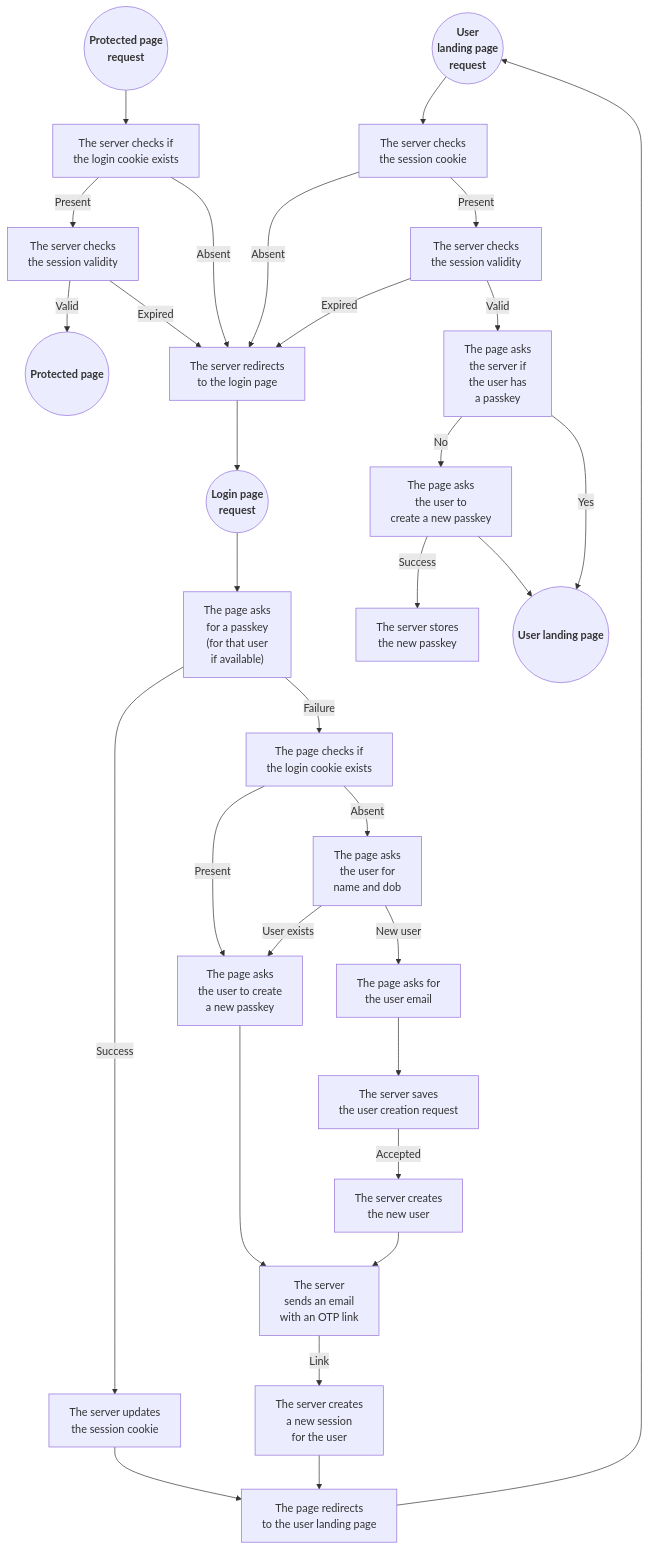
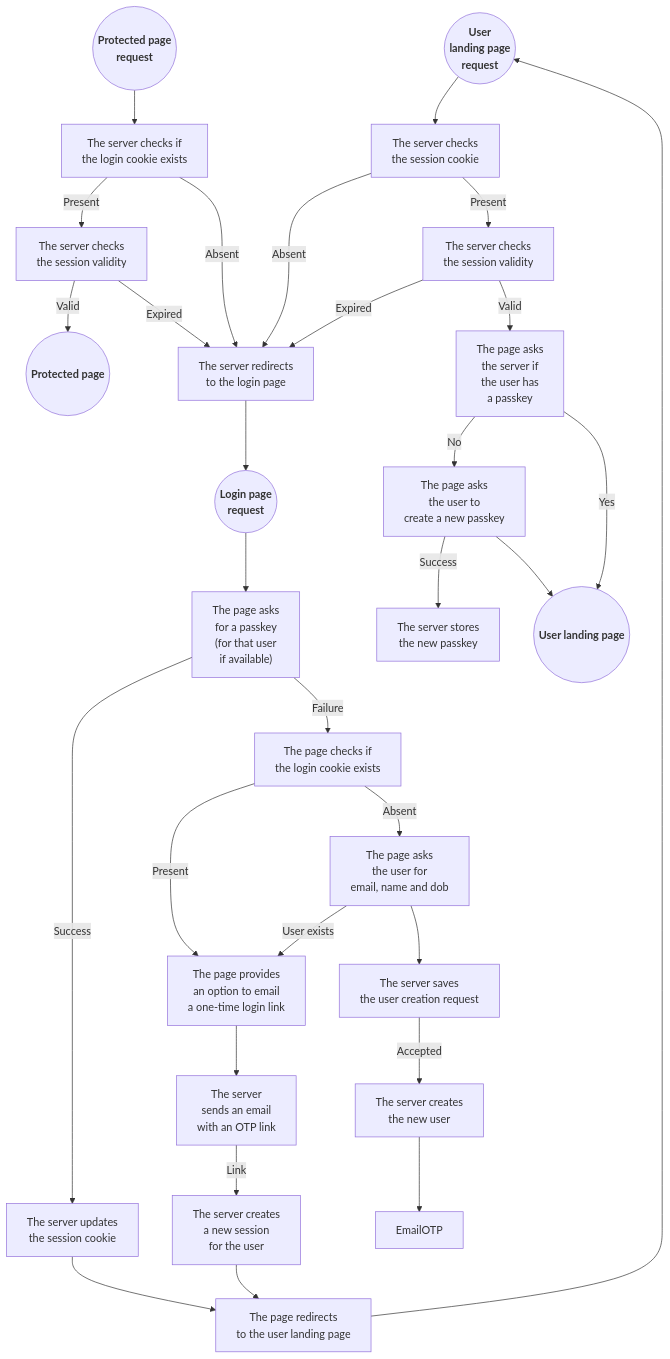
One commit to programingjd/tiered_server changed the diagram in README.md. Above: the diagram before and after it, drawn with Mermaid. The commit also changed other lines of this file and 1 other file, not shown here.

````diff
--- a/README.md
+++ b/README.md
@@ -148,40 +148,39 @@
 ```mermaid
 graph TD;
   UserLandingPageRequest(("<b>User<br>landing page<br>request</b>"))
   ProtectedPageRequest(("<b>Protected page<br>request</b>"))
   LoginPageRequest(("<b>Login page<br>request</b>"))
   
   ProtectedPageRequest-->QueryCookie1["The server checks if<br>the login cookie exists"]
   QueryCookie1-->|Present|CheckSessionValidity1["The server checks<br>the session validity"]
   QueryCookie1-->|Absent|LoginPageRedirect["The server redirects<br>to the login page"]
   CheckSessionValidity1-->|Valid|ProtectedPageResponse(("<b>Protected page<b>"))
   CheckSessionValidity1-->|Expired|LoginPageRedirect
 
   UserLandingPageRequest-->QueryCookie2["The server checks<br>the session cookie"]
   QueryCookie2-->|Absent|LoginPageRedirect
   QueryCookie2-->|Present|CheckSessionValidity2["The server checks<br>the session validity"]
   CheckSessionValidity2-->|Expired|LoginPageRedirect
   CheckSessionValidity2-->|Valid|QueryExistingPasskey2["The page asks<br>the server if<br>the user has<br>a passkey"]
-  QueryExistingPasskey2-->|No|NewPasskeyPrompt2["The page asks<br>the user to<br>create a new passkey"]
+  QueryExistingPasskey2-->|No|NewPasskeyPrompt["The page asks<br>the user to<br>create a new passkey"]
   QueryExistingPasskey2-->|Yes|UserLandingPageResponse(("<b>User landing page<b>"))
-  NewPasskeyPrompt2-->|Success|NewPasskeyStore2["The server stores<br>the new passkey"]
-  NewPasskeyPrompt2-->UserLandingPageResponse
+  NewPasskeyPrompt-->|Success|NewPasskeyStore["The server stores<br>the new passkey"]
+  NewPasskeyPrompt-->UserLandingPageResponse
 
   LoginPageRequest-->QueryPasskey["The page asks<br>for a passkey<br>(for that user<br>if available)"]
   QueryPasskey-->|Success|SessionCookieUpdate["The server updates<br>the session cookie"]
   SessionCookieUpdate-->UserLandingPageRedirect["The page redirects<br>to the user landing page"]
   QueryPasskey-->|Failure|QueryCookie3["The page checks if<br>the login cookie exists"]
-  QueryCookie3-->|Present|NewPasskeyPrompt3["The page asks<br>the user to create<br>a new passkey"]
-  QueryCookie3-->|Absent|UserForm["The page asks<br>the user for<br>name and dob"]
-  UserForm-->|User exists|NewPasskeyPrompt3
-  NewPasskeyPrompt3-->EmailOTP["The server<br>sends an email<br>with an OTP link"]
-  EmailOTP-->|Link|NewSession["The server creates<br>a new session<br>for the user"]
+  QueryCookie3-->|Present|OtpPrompt["The page provides<br>an option to email<br>a one-time login link"]
+  QueryCookie3-->|Absent|UserForm["The page asks<br>the user for<br>email, name and dob"]
+  UserForm-->|User exists|OtpPrompt
+  OtpPrompt-->EmailOtp["The server<br>sends an email<br>with an OTP link"]
+  EmailOtp-->|Link|NewSession["The server creates<br>a new session<br>for the user"]
   NewSession-->UserLandingPageRedirect
-  UserForm-->|New user|NewUser["The page asks for<br>the user email"]
-  NewUser-->UserModeration["The server saves<br>the user creation request"]
+  UserForm-->UserModeration["The server saves<br>the user creation request"]
   UserModeration-->|Accepted|UserCreation["The server creates<br>the new user"]
   UserCreation-->EmailOTP
   
   UserLandingPageRedirect-->UserLandingPageRequest
   LoginPageRedirect-->LoginPageRequest
 ```
````
